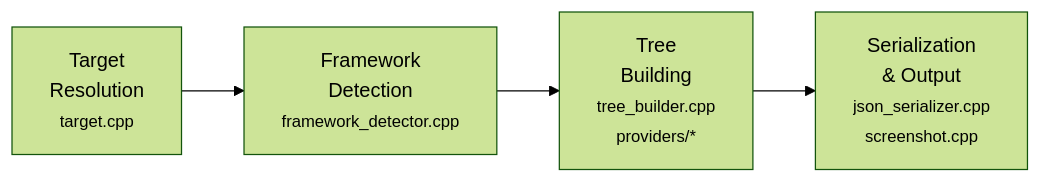
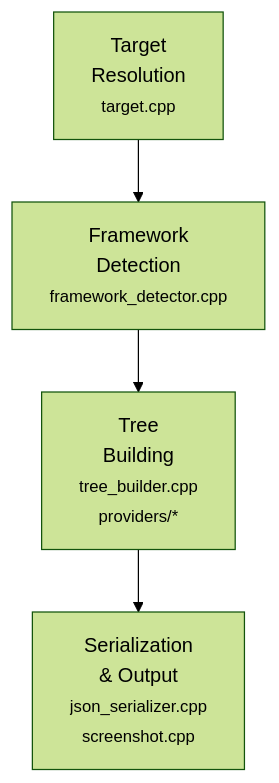
Before and after one commit to asklar/lvt: the first of 2 diagrams in docs/architecture.md, drawn with Mermaid (forest theme). The commit also changed 1 other file, not shown here.

Commit message:
Update Mermaid diagrams: TB pipeline, threading sequence, COM flowchart

````diff
--- a/docs/architecture.md
+++ b/docs/architecture.md
@@ -7,6 +7,6 @@
 ```mermaid
-flowchart LR
+flowchart TB
     A["Target\nResolution\n<small>target.cpp</small>"] --> B["Framework\nDetection\n<small>framework_detector.cpp</small>"]
     B --> C["Tree\nBuilding\n<small>tree_builder.cpp\nproviders/*</small>"]
     C --> D["Serialization\n& Output\n<small>json_serializer.cpp\nscreenshot.cpp</small>"]
 ```
````
